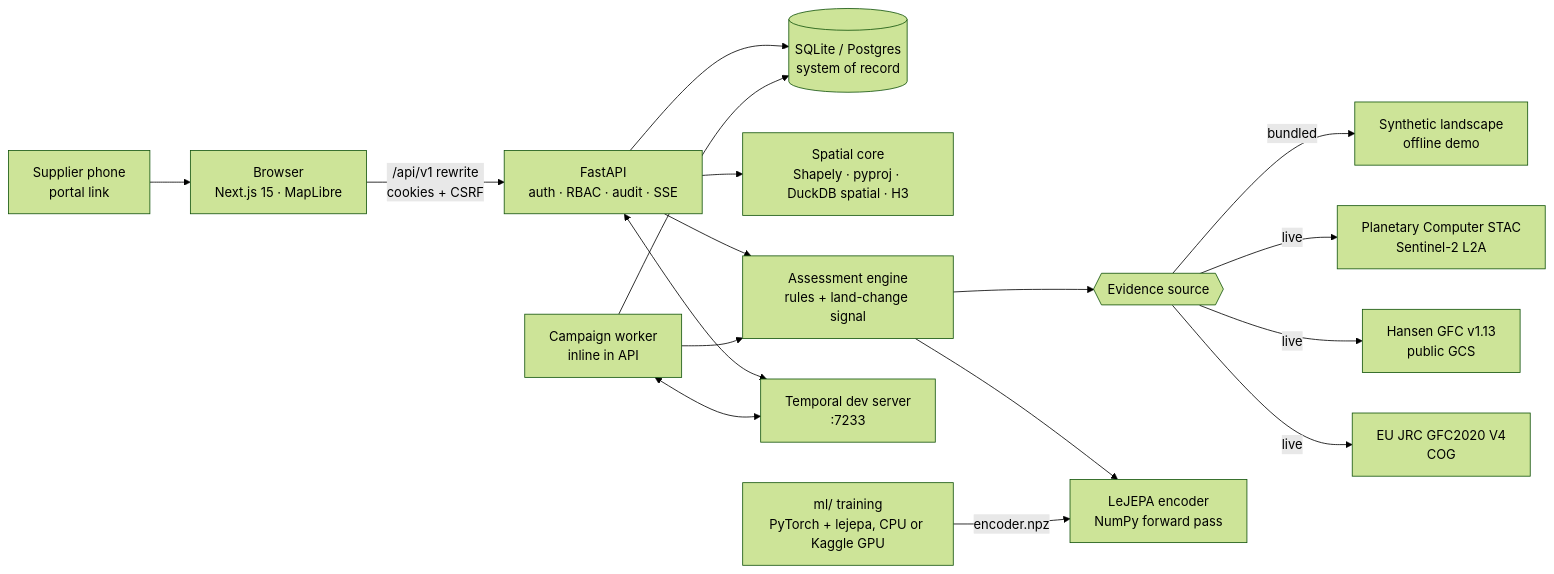
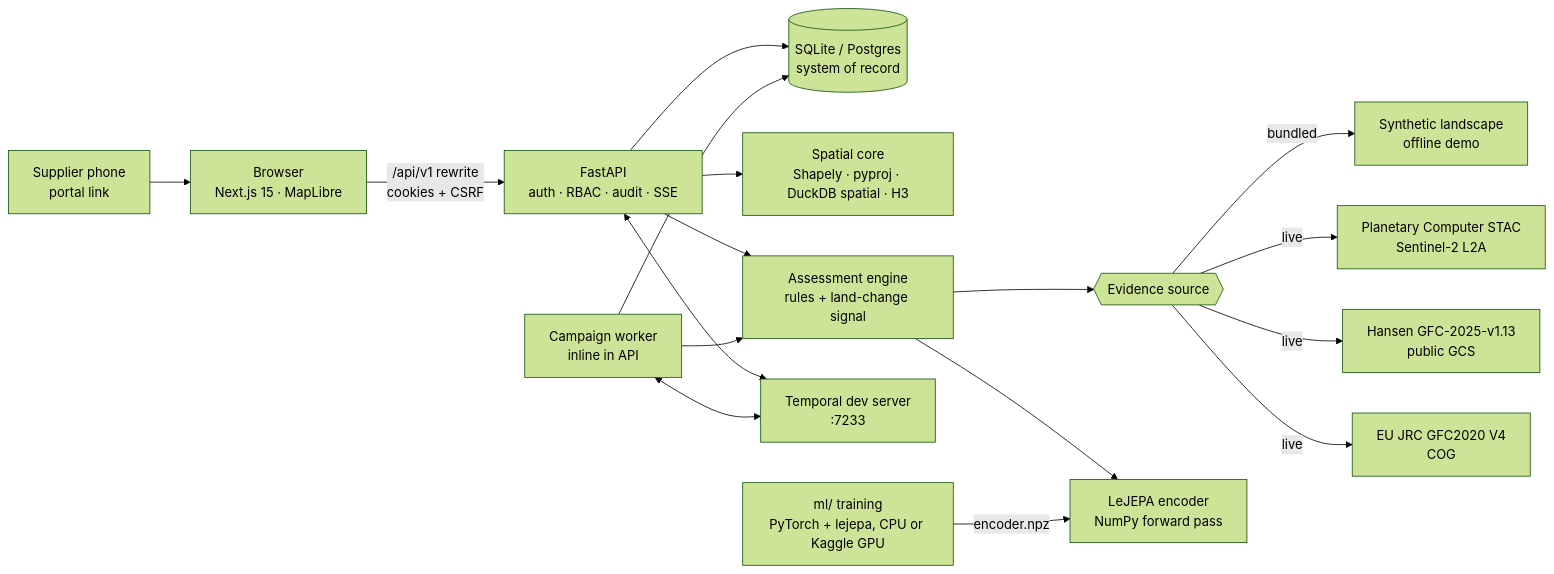
Before and after one commit to moeiz16/Plotline: the diagram in docs/ARCHITECTURE.md, drawn with Mermaid (forest theme). The commit also changed other lines of this file and 5 other files, not shown here.

Commit message:
docs: align architecture, ADRs and API contract with the shipped code and measured results

````diff
--- a/docs/ARCHITECTURE.md
+++ b/docs/ARCHITECTURE.md
@@ -8,19 +8,19 @@
 ```mermaid
 flowchart LR
   B[Browser<br/>Next.js 15 · MapLibre] -- /api/v1 rewrite<br/>cookies + CSRF --> API[FastAPI<br/>auth · RBAC · audit · SSE]
   S[Supplier phone<br/>portal link] --> B
   API --> DB[(SQLite / Postgres<br/>system of record)]
   API --> SP[Spatial core<br/>Shapely · pyproj · DuckDB spatial · H3]
   API --> AS[Assessment engine<br/>rules + land-change signal]
   AS --> EO{{Evidence source}}
   EO -- bundled --> SYN[Synthetic landscape<br/>offline demo]
   EO -- live --> PC[Planetary Computer STAC<br/>Sentinel-2 L2A]
-  EO -- live --> HG[Hansen GFC v1.13<br/>public GCS]
+  EO -- live --> HG[Hansen GFC-2025-v1.13<br/>public GCS]
   EO -- live --> JRC[EU JRC GFC2020 V4<br/>COG]
   AS --> ENC[LeJEPA encoder<br/>NumPy forward pass]
   API <--> T[Temporal dev server<br/>:7233]
   W[Campaign worker<br/>inline in API] <--> T
   W --> DB
   W --> AS
   ML[ml/ training<br/>PyTorch + lejepa, CPU or Kaggle GPU] -- encoder.npz --> ENC
 ```
````
